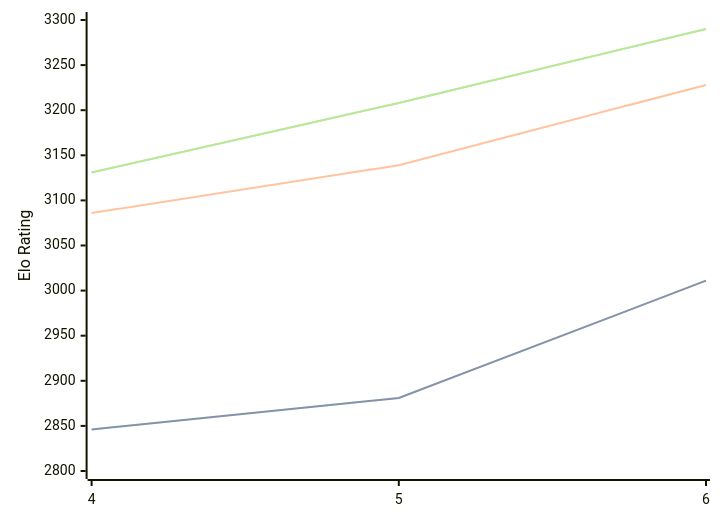
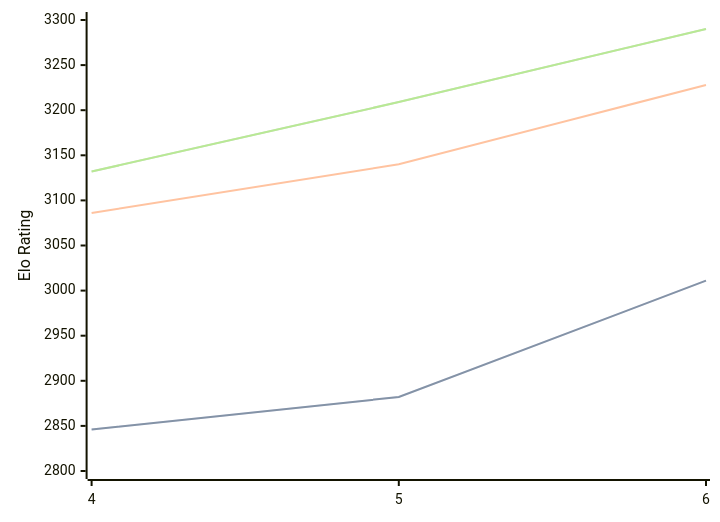
One commit to computer-chess-index/cci changed the diagram in engines/Cwtch.md. Above: the diagram before and after it, drawn with Mermaid. The commit also changed other lines of this file, not shown here.

Commit message:
Update CCI Ratings (ELO VLTC) - 2026-08-29

````diff
--- a/engines/Cwtch.md
+++ b/engines/Cwtch.md
@@ -34,11 +34,11 @@
 ```mermaid
 %%{init: {"theme":"base","themeVariables":{"seriesColors:['#a3a3a3','#222221','#faa371']}}}%%
 xychart-beta
   x-axis ["4", "5", "6"]
   y-axis "Elo Rating" 2800 --> 3300
-  line "" [2846, 2881, 3011]
-  line "STC (8.0+0.08s)" [2846, 2881, 3011]
-  line "LTC (60.0+0.60s)" [3086, 3139, 3228]
-  line "" [3131, 3208, 3290]
-  line "VLTC (2m24s+1.12s)" [3131, 3208, 3290]
+  line "" [2846, 2882, 3011]
+  line "STC (8.0+0.08s)" [2846, 2882, 3011]
+  line "LTC (60.0+0.60s)" [3086, 3140, 3228]
+  line "" [3132, 3209, 3290]
+  line "VLTC (2m24s+1.12s)" [3132, 3209, 3290]
 ```
````
